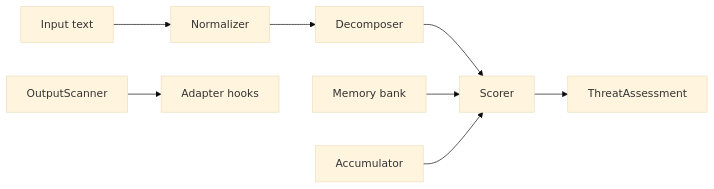
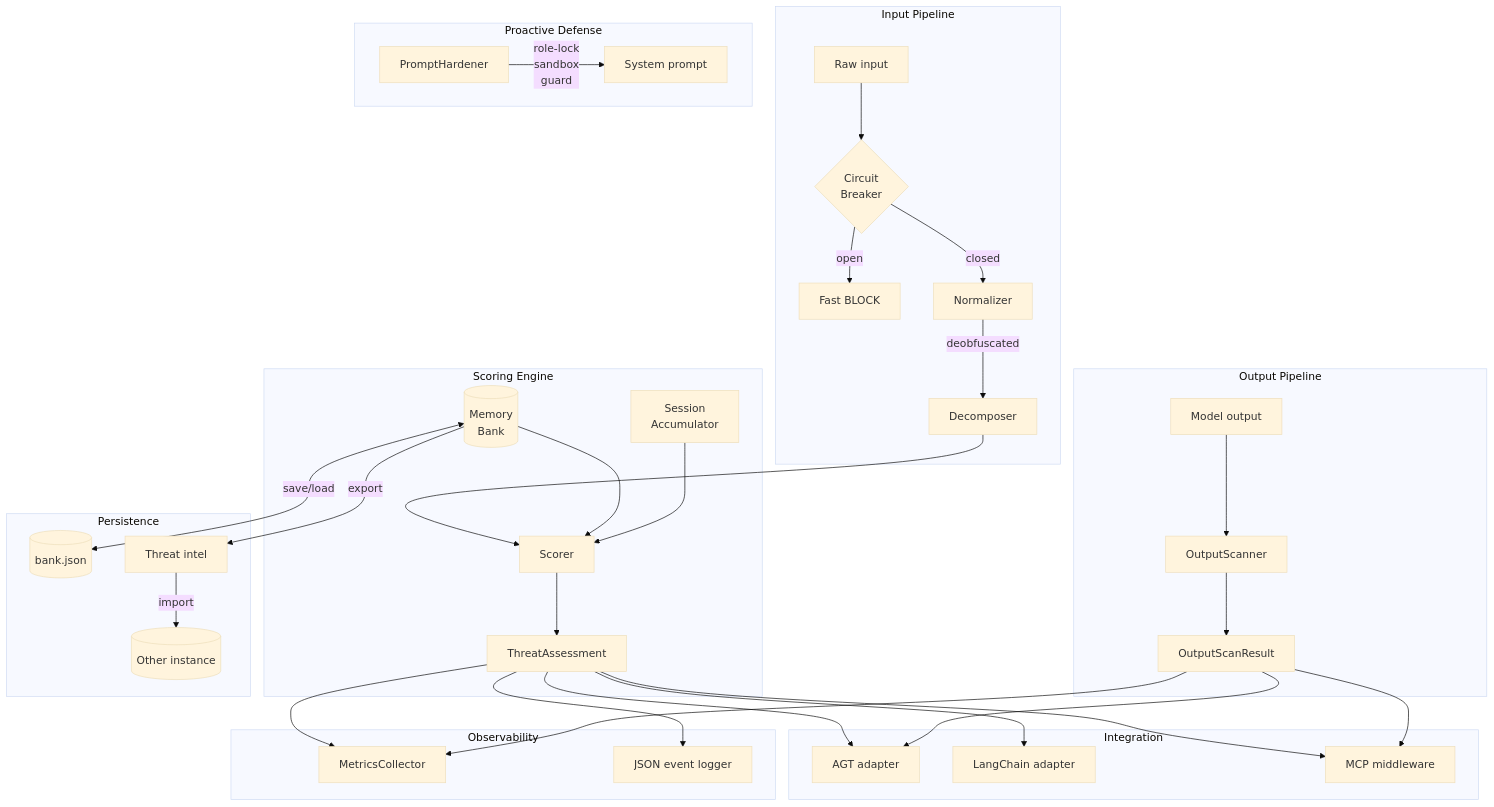
The diagram in README.md (denial-web/agent-immune), drawn with Mermaid (base theme) before and after one commit. The commit also changed other lines of this file and 2 other files, not shown here.

````diff
--- a/README.md
+++ b/README.md
@@ -104,10 +144,45 @@
 ```mermaid
-flowchart LR
-  Input[Input text] --> N[Normalizer]
-  N --> D[Decomposer]
-  D --> S[Scorer]
-  M[Memory bank] --> S
-  A[Accumulator] --> S
-  S --> Out[ThreatAssessment]
-  O[OutputScanner] --> Policies[Adapter hooks]
+flowchart TB
+    subgraph Input Pipeline
+        I[Raw input] --> CB{Circuit\nBreaker}
+        CB -->|open| FD[Fast BLOCK]
+        CB -->|closed| N[Normalizer]
+        N -->|deobfuscated| D[Decomposer]
+    end
+
+    subgraph Scoring Engine
+        D --> SC[Scorer]
+        MB[(Memory\nBank)] --> SC
+        ACC[Session\nAccumulator] --> SC
+        SC --> TA[ThreatAssessment]
+    end
+
+    subgraph Output Pipeline
+        OUT[Model output] --> OS[OutputScanner]
+        OS --> OR[OutputScanResult]
+    end
+
+    subgraph Proactive Defense
+        PH[PromptHardener] -->|role-lock\nsandbox\nguard| SYS[System prompt]
+    end
+
+    subgraph Integration
+        TA --> AGT[AGT adapter]
+        TA --> LC[LangChain adapter]
+        TA --> MCP[MCP middleware]
+        OR --> AGT
+        OR --> MCP
+    end
+
+    subgraph Observability
+        TA --> MET[MetricsCollector]
+        OR --> MET
+        TA --> EVT[JSON event logger]
+    end
+
+    subgraph Persistence
+        MB <-->|save/load| JSON[(bank.json)]
+        MB -->|export| TI[Threat intel]
+        TI -->|import| MB2[(Other instance)]
+    end
 ```
````
